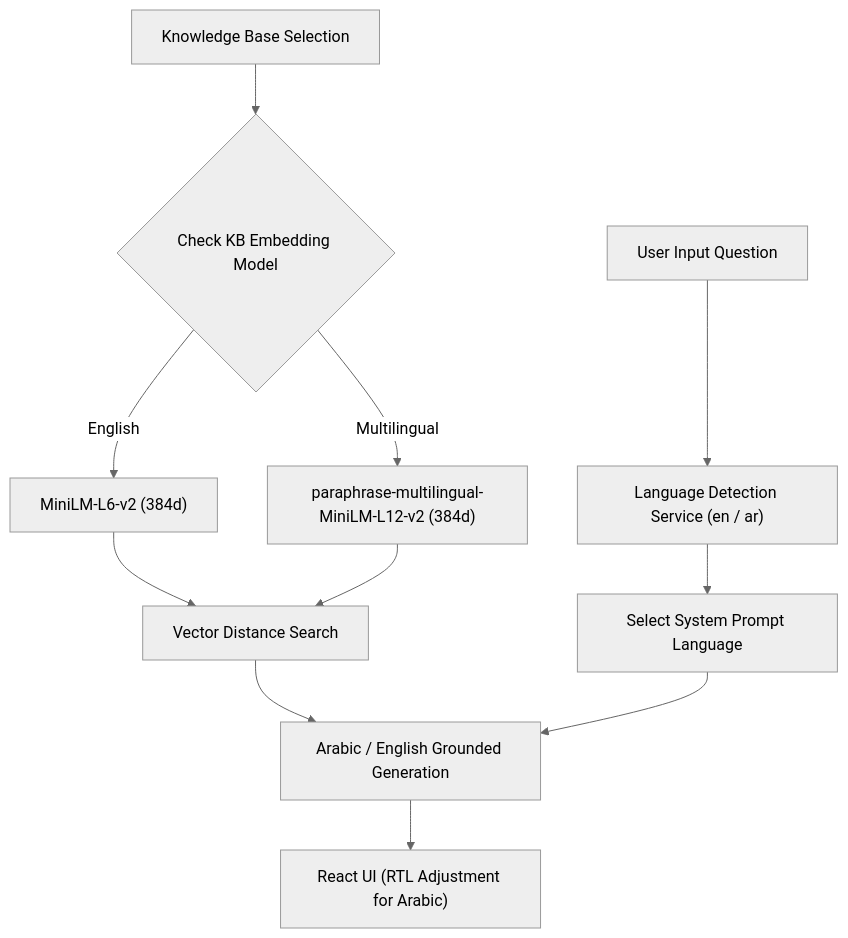
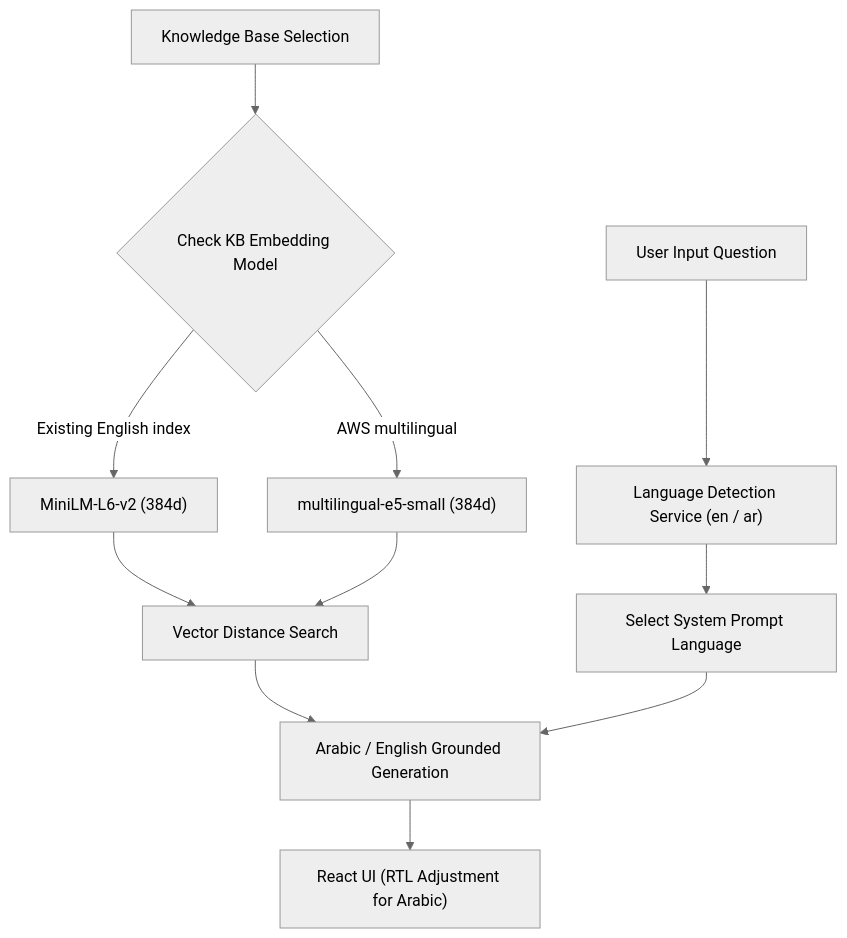
One commit to fariskishtah/enterprise-rag-platform changed the diagram in docs/architecture/multilingual-system.md. Above: the diagram before and after it, drawn with Mermaid (neutral theme). The commit also changed other lines of this file and 63 other files, not shown here.

````diff
--- a/docs/architecture/multilingual-system.md
+++ b/docs/architecture/multilingual-system.md
@@ -9,17 +9,17 @@
 ```mermaid
 flowchart TD
     QUERY["User Input Question"] --> DETECT["Language Detection Service (en / ar)"]
     DETECT --> PROMPT_LANG["Select System Prompt Language"]
     
     KB["Knowledge Base Selection"] --> EMBED_MODEL{"Check KB Embedding Model"}
-    EMBED_MODEL -- English --> MINI_LM["MiniLM-L6-v2 (384d)"]
-    EMBED_MODEL -- Multilingual --> MULTI_LM["paraphrase-multilingual-MiniLM-L12-v2 (384d)"]
+    EMBED_MODEL -- Existing English index --> MINI_LM["MiniLM-L6-v2 (384d)"]
+    EMBED_MODEL -- AWS multilingual --> MULTI_LM["multilingual-e5-small (384d)"]
     
     MINI_LM --> VECTOR_SEARCH["Vector Distance Search"]
     MULTI_LM --> VECTOR_SEARCH
     
     VECTOR_SEARCH --> ARABIC_QA["Arabic / English Grounded Generation"]
     PROMPT_LANG --> ARABIC_QA
     
     ARABIC_QA --> UI["React UI (RTL Adjustment for Arabic)"]
 ```
````
